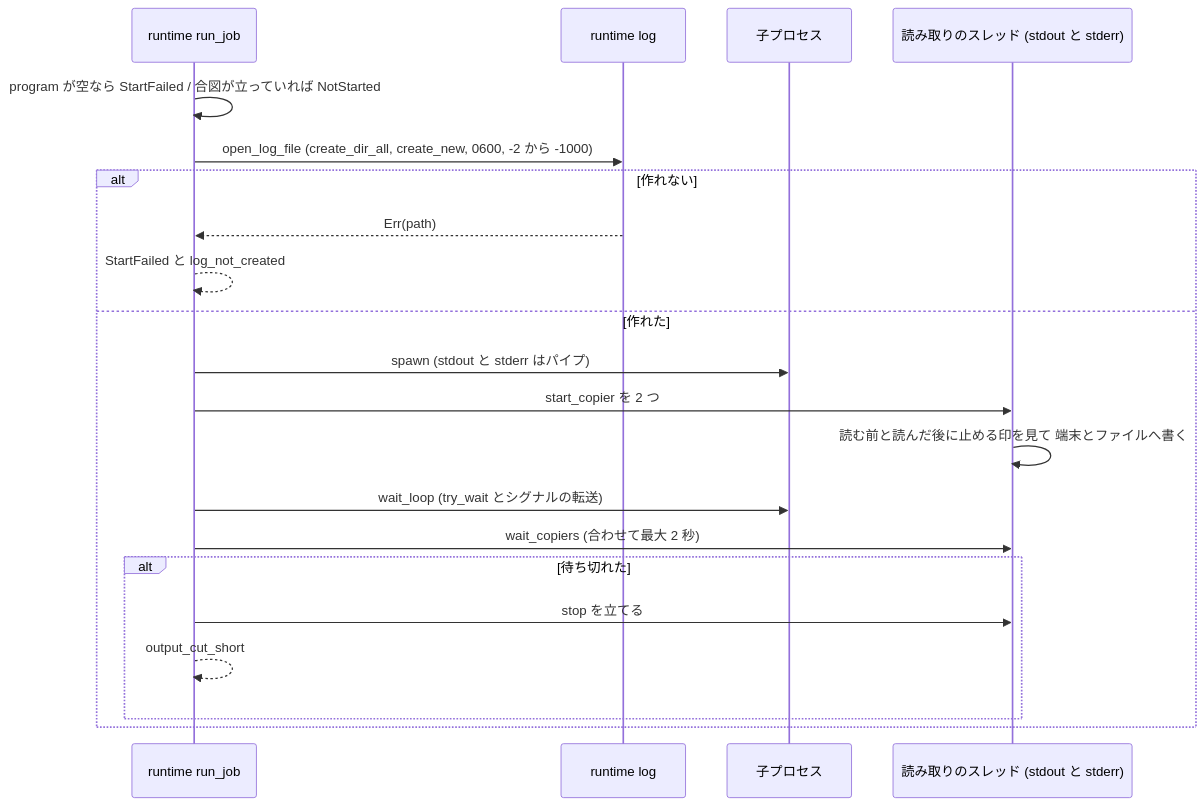
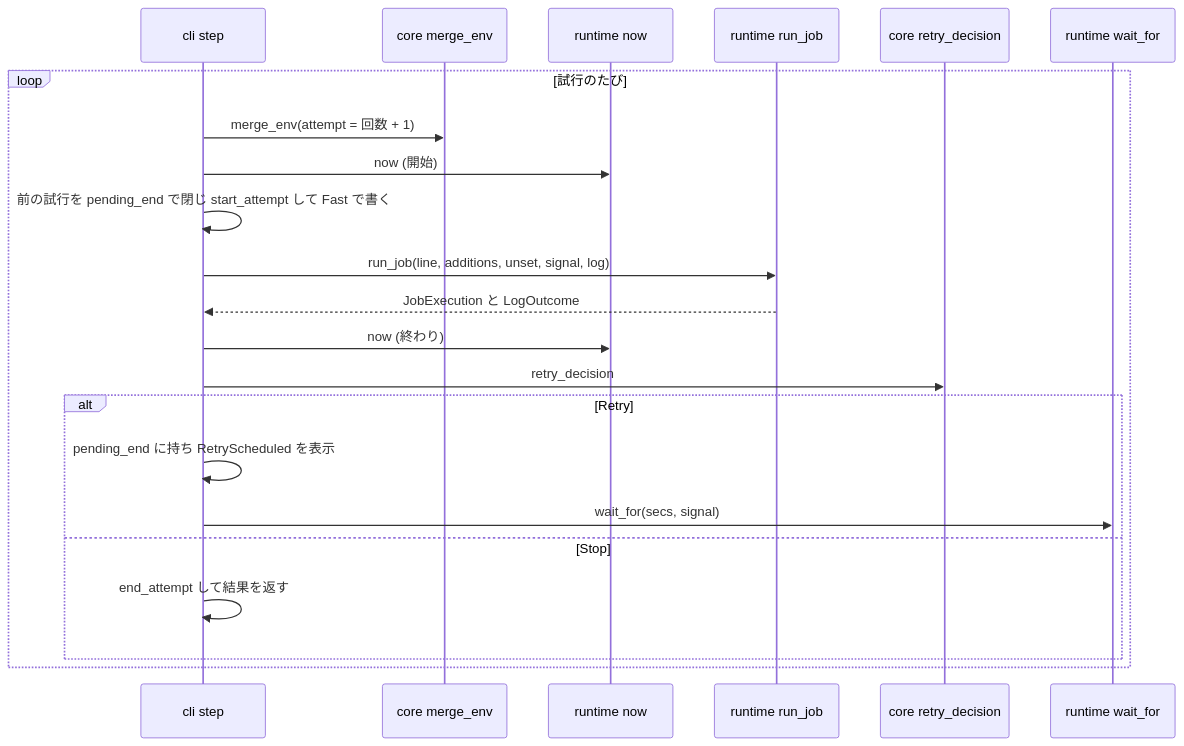
One commit to agwlvssainokuni/rust-job-conductor changed the seventh of 7 diagrams in aidlc/spaces/default/codekb/rust-job-conductor/architecture.md. Above: the diagram before and after it, drawn with Mermaid. The commit also changed other lines of this file and 15 other files, not shown here.

````diff
--- a/aidlc/spaces/default/codekb/rust-job-conductor/architecture.md
+++ b/aidlc/spaces/default/codekb/rust-job-conductor/architecture.md
@@ -185,23 +225,24 @@
 ```mermaid
 sequenceDiagram
-    participant R as runtime run_job
-    participant L as runtime log
-    participant P as 子プロセス
-    participant T as 読み取りのスレッド (stdout と stderr)
-    R->>R: program が空なら StartFailed / 合図が立っていれば NotStarted
-    R->>L: open_log_file (create_dir_all, create_new, 0600, -2 から -1000)
-    alt 作れない
-        L-->>R: Err(path)
-        R-->>R: StartFailed と log_not_created
-    else 作れた
-        R->>P: spawn (stdout と stderr はパイプ)
-        R->>T: start_copier を 2 つ
-        T->>T: 読む前と読んだ後に止める印を見て 端末とファイルへ書く
-        R->>P: wait_loop (try_wait とシグナルの転送)
-        R->>T: wait_copiers (合わせて最大 2 秒)
-        alt 待ち切れた
-            R->>T: stop を立てる
-            R-->>R: output_cut_short
+    participant S as cli step
+    participant M as core merge_env
+    participant C as runtime now
+    participant RT as runtime run_job
+    participant D as core retry_decision
+    participant W as runtime wait_for
+    loop 試行のたび
+        S->>M: merge_env(attempt = 回数 + 1)
+        S->>C: now (開始)
+        S->>S: 前の試行を pending_end で閉じ start_attempt して Fast で書く
+        S->>RT: run_job(line, additions, unset, signal, log)
+        RT-->>S: JobExecution と LogOutcome
+        S->>C: now (終わり)
+        S->>D: retry_decision
+        alt Retry
+            S->>S: pending_end に持ち RetryScheduled を表示
+            S->>W: wait_for(secs, signal)
+        else Stop
+            S->>S: end_attempt して結果を返す
         end
     end
 ```
````
